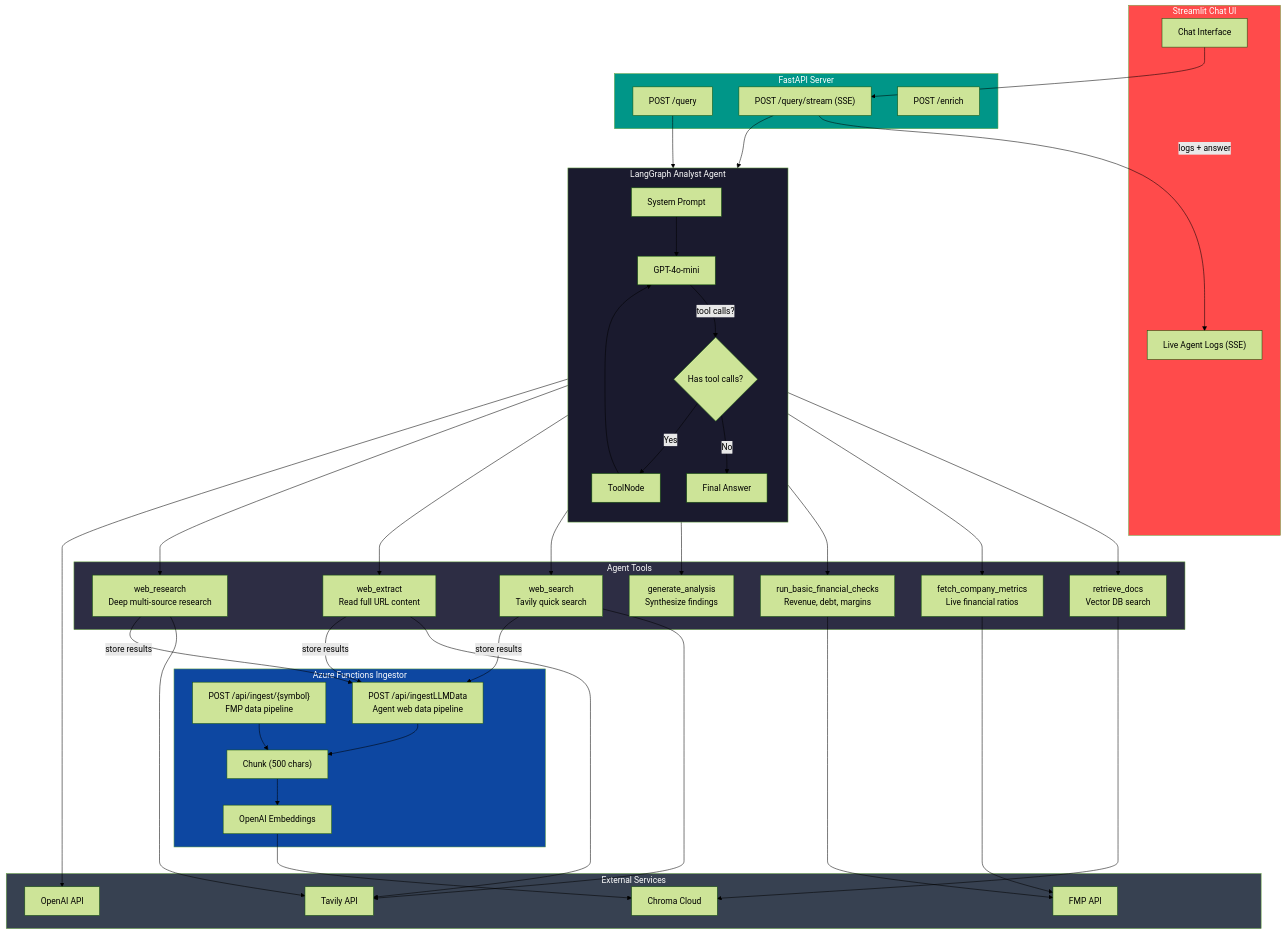
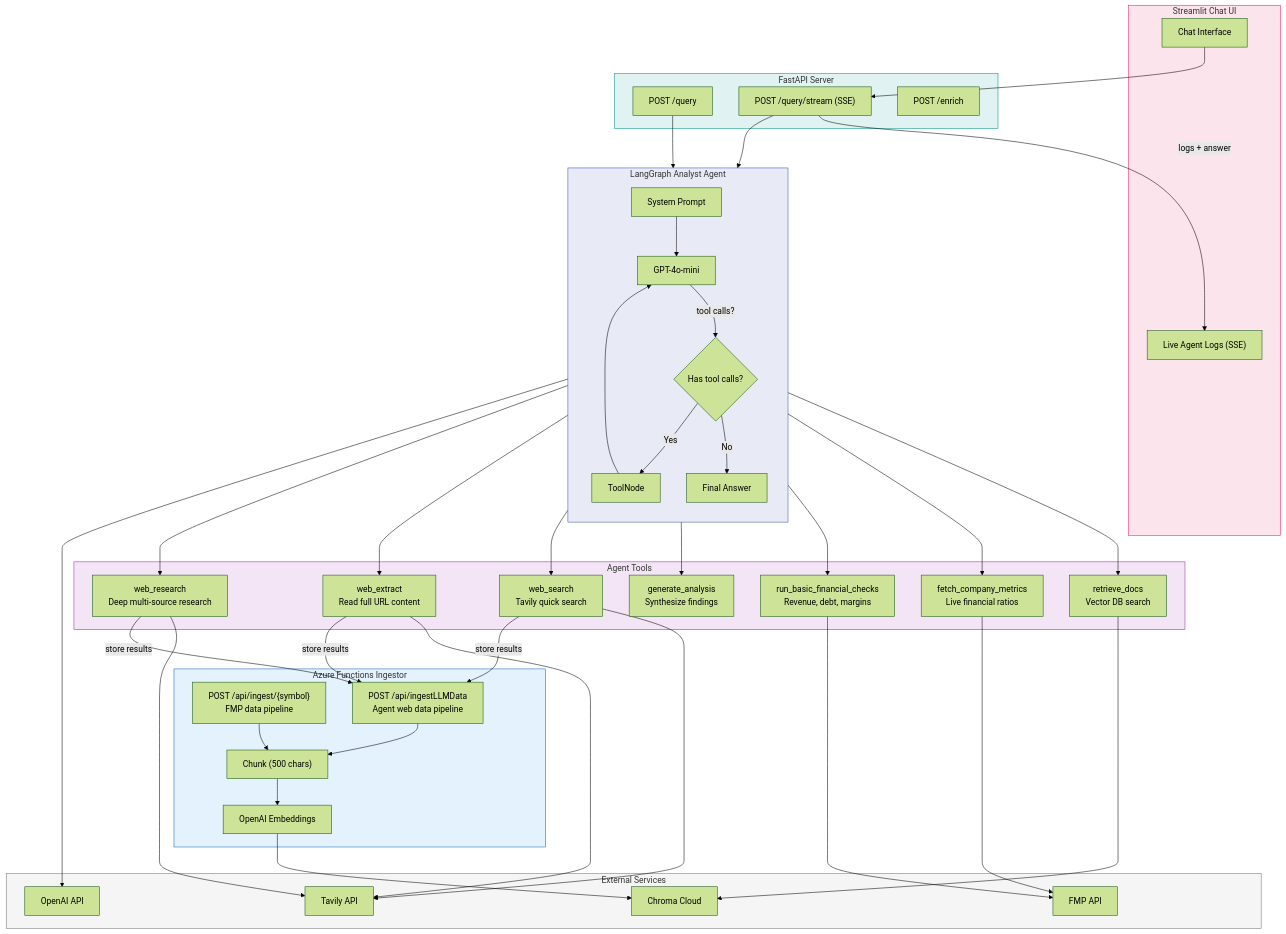
One commit to maiduydung/financial_agents changed the first of 3 diagrams in README.md. Above: the diagram before and after it, drawn with Mermaid (forest theme).

````diff
--- a/README.md
+++ b/README.md
@@ -7,70 +7,70 @@
 ```mermaid
 flowchart TD
     subgraph ui["Streamlit Chat UI"]
         Chat["Chat Interface"]
         Logs["Live Agent Logs (SSE)"]
     end
 
     subgraph api["FastAPI Server"]
         A1["POST /query"]
         A2["POST /query/stream (SSE)"]
         A3["POST /enrich"]
     end
 
     subgraph agent["LangGraph Analyst Agent"]
         direction TB
         SP[System Prompt] --> LLM["GPT-4o-mini"]
         LLM -->|tool calls?| Decision{Has tool calls?}
         Decision -->|Yes| Tools["ToolNode"]
         Decision -->|No| Answer["Final Answer"]
         Tools --> LLM
     end
 
     subgraph tools["Agent Tools"]
         T1["retrieve_docs\nVector DB search"]
         T2["fetch_company_metrics\nLive financial ratios"]
         T3["run_basic_financial_checks\nRevenue, debt, margins"]
         T4["generate_analysis\nSynthesize findings"]
         T5["web_search\nTavily quick search"]
         T6["web_extract\nRead full URL content"]
         T7["web_research\nDeep multi-source research"]
     end
 
     subgraph ingestor["Azure Functions Ingestor"]
         I1["POST /api/ingest/{symbol}\nFMP data pipeline"]
         I2["POST /api/ingestLLMData\nAgent web data pipeline"]
         Chunk["Chunk (500 chars)"]
         Embed["OpenAI Embeddings"]
     end
 
     subgraph external["External Services"]
         Chroma["Chroma Cloud"]
         FMP["FMP API"]
         OAI["OpenAI API"]
         Tavily["Tavily API"]
     end
 
     Chat --> A2
     A2 -->|logs + answer| Logs
     A1 --> agent
     A2 --> agent
 
     Tools --> T1 & T2 & T3 & T4 & T5 & T6 & T7
 
     T1 --> Chroma
     T2 & T3 --> FMP
     T5 & T6 & T7 --> Tavily
     T5 & T6 & T7 -->|store results| I2
 
     I1 --> Chunk --> Embed --> Chroma
     I2 --> Chunk
 
     LLM --> OAI
 
-    style ui fill:#ff4b4b,color:#fff
-    style api fill:#009688,color:#fff
-    style agent fill:#1a1a2e,color:#fff
-    style tools fill:#2d2d44,color:#fff
-    style ingestor fill:#0d47a1,color:#fff
-    style external fill:#374151,color:#fff
+    style ui fill:#fce4ec,stroke:#e91e63,color:#333
+    style api fill:#e0f2f1,stroke:#009688,color:#333
+    style agent fill:#e8eaf6,stroke:#3f51b5,color:#333
+    style tools fill:#f3e5f5,stroke:#9c27b0,color:#333
+    style ingestor fill:#e3f2fd,stroke:#1565c0,color:#333
+    style external fill:#f5f5f5,stroke:#757575,color:#333
 ```
````
